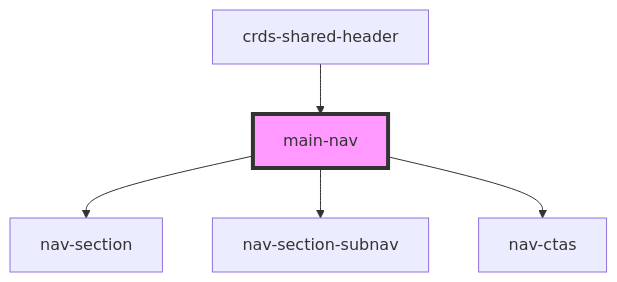
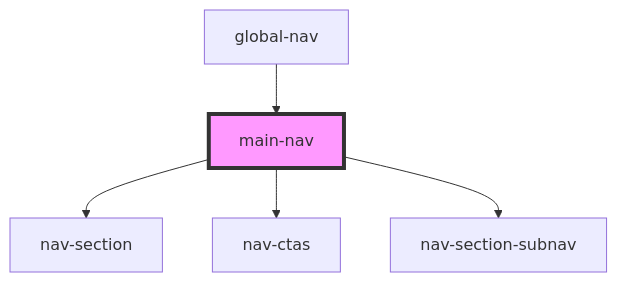
One commit to dholloran-ample/visual-regression-testing-IP changed the diagram in src/components/crds-shared-header/main-nav/readme.md. Above: the diagram before and after it, drawn with Mermaid. The commit also changed other lines of this file and 206 other files, not shown here.

````diff
--- a/src/components/crds-shared-header/main-nav/readme.md
+++ b/src/components/crds-shared-header/main-nav/readme.md
@@ -30,8 +30,8 @@
 ```mermaid
 graph TD;
   main-nav --> nav-section
+  main-nav --> nav-ctas
   main-nav --> nav-section-subnav
-  main-nav --> nav-ctas
-  crds-shared-header --> main-nav
+  global-nav --> main-nav
   style main-nav fill:#f9f,stroke:#333,stroke-width:4px
 ```
````
